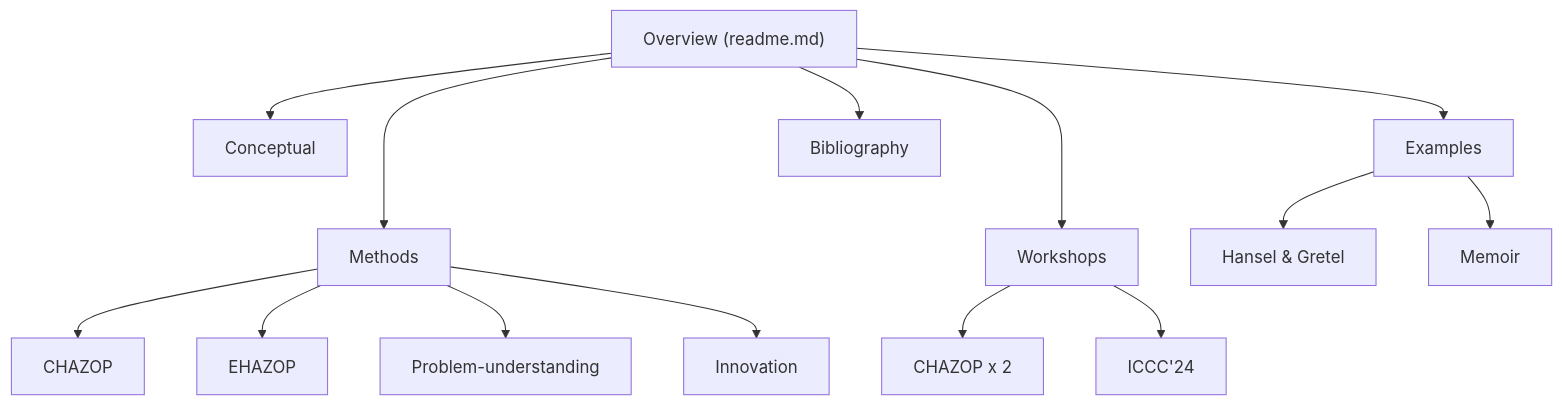
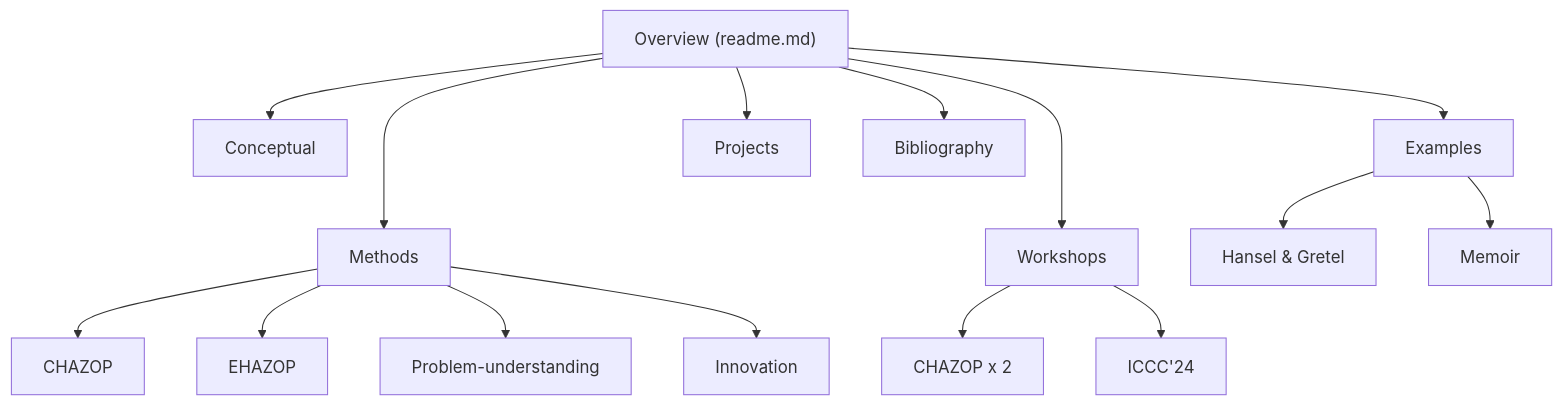
The diagram in docs/roadmap.md (austenrainer/stoic), drawn with Mermaid before and after one commit.

Commit message:
Update Roadmap with Projects

````diff
--- a/docs/roadmap.md
+++ b/docs/roadmap.md
@@ -18,31 +18,33 @@
 ```mermaid
   graph TD;
       A["Overview (readme.md)"];
       Z[Conceptual];
       B[Methods];
       B1[CHAZOP];
       B2[EHAZOP];
       B3[Problem-understanding]
       B4[Innovation]
       F[Workshops];
       F1[CHAZOP x 2]
       F2[ICCC'24]
       G[Examples]
       G1[Hansel & Gretel];
       G2[Memoir]
-      H[Bibliography]
+      H[Projects]
+      I[Bibliography]
       A --->B;
       A --->F;
       A -->G;
       A -->Z;
       A -->H;
+      A -->I;
       B -->B1;
       B -->B2;
       B -->B3;
       B -->B4;
       F -->F1
       F -->F2;
       G -->G1;
       G -->G2;
      
 ```
````
